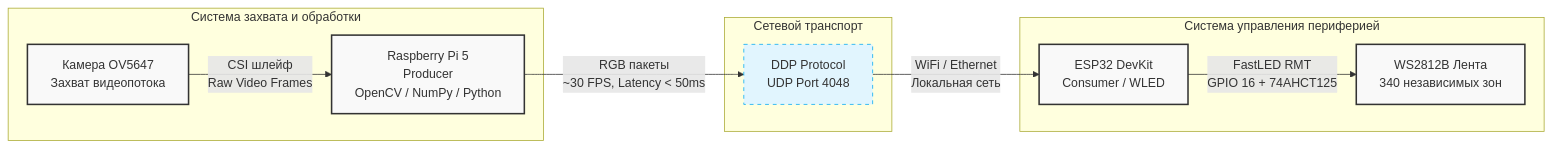
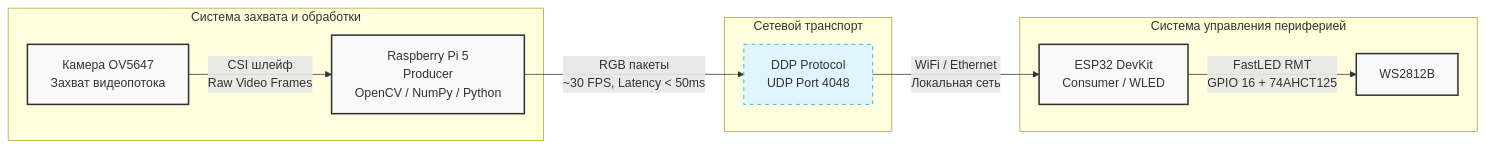
The diagram in README.md (YarValerievich/ambilight-wled), drawn with Mermaid before and after one commit.

````diff
--- a/README.md
+++ b/README.md
@@ -13,27 +13,27 @@
 ```mermaid
 graph LR
     subgraph Capture_System ["Система захвата и обработки"]
         CAM["Камера OV5647<br/>Захват видеопотока"]
         PI["Raspberry Pi 5<br/>Producer<br/>OpenCV / NumPy / Python"]
         CAM -- "CSI шлейф<br/>Raw Video Frames" --> PI
     end
 
     subgraph Network ["Сетевой транспорт"]
         UDP["DDP Protocol<br/>UDP Port 4048<br/>"]
     end
 
     subgraph LED_System ["Система управления периферией"]
         ESP["ESP32 DevKit<br/>Consumer / WLED"]
-        LED["WS2812B Лента<br/>340 независимых зон"]
+        LED["WS2812B<br/>"]
         ESP -- "FastLED RMT<br/>GPIO 16 + 74AHCT125" --> LED
     end
 
     PI -- "RGB пакеты<br/>~30 FPS, Latency &lt; 50ms" --> UDP
     UDP -- "WiFi / Ethernet<br/>Локальная сеть" --> ESP
 
     classDef hardware fill:#f9f9f9,stroke:#333,stroke-width:2px;
     classDef protocol fill:#e1f5fe,stroke:#03a9f4,stroke-width:1px,stroke-dasharray: 5 5;
 
     class CAM,PI,ESP,LED hardware;
     class UDP protocol;
 ```
````
